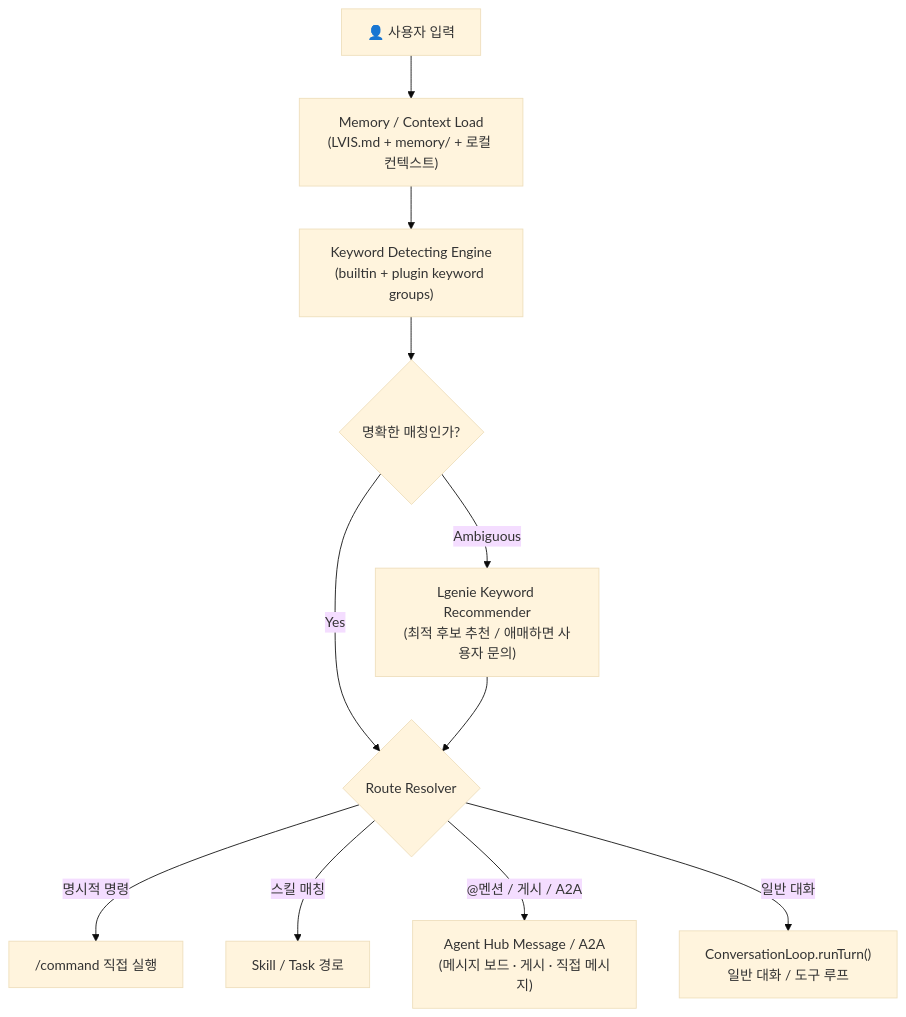
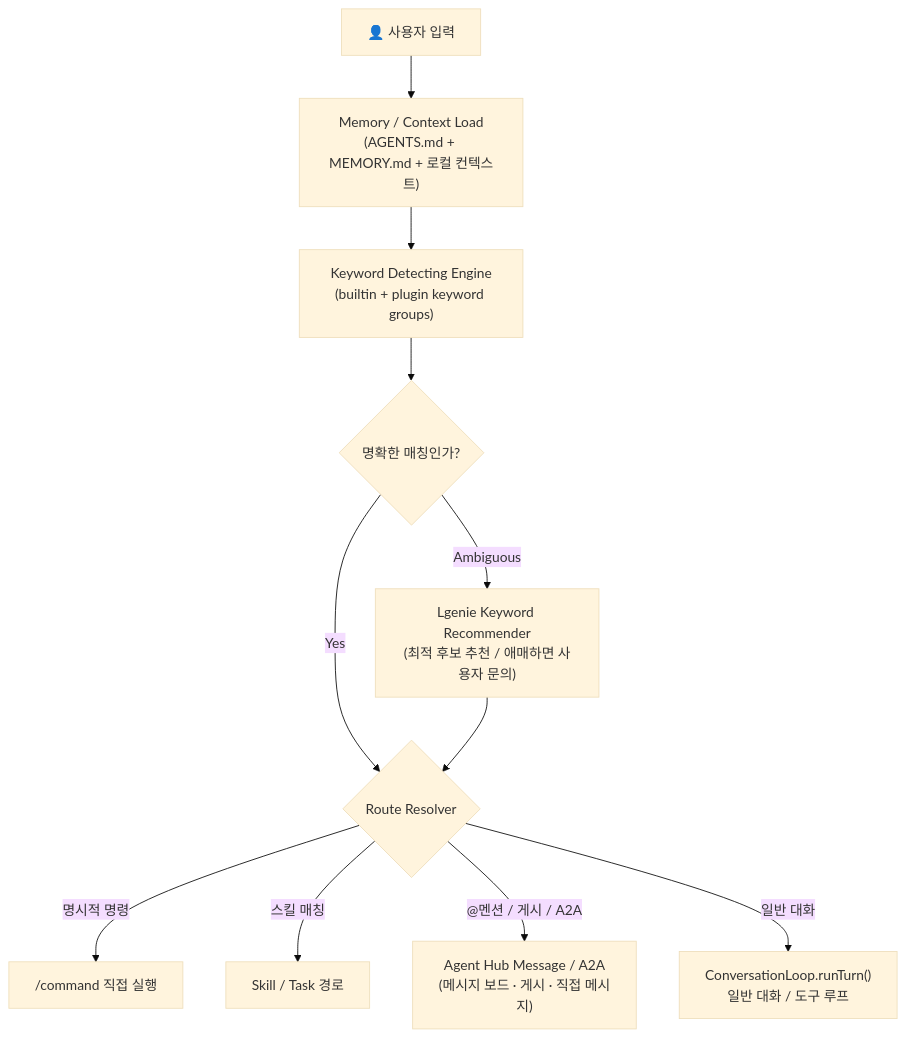
One commit to lvis-project/lvis-app changed the seventh of 44 diagrams in docs/architecture/architecture.md. Above: the diagram before and after it, drawn with Mermaid (base theme). The commit also changed other lines of this file and 48 other files, not shown here.

````diff
--- a/docs/architecture/architecture.md
+++ b/docs/architecture/architecture.md
@@ -434,22 +435,22 @@
 ```mermaid
 flowchart TB
     INPUT["👤 사용자 입력"]
-    MEMORY["Memory / Context Load<br/>(LVIS.md + memory/ + 로컬 컨텍스트)"]
+    MEMORY["Memory / Context Load<br/>(AGENTS.md + MEMORY.md + 로컬 컨텍스트)"]
     DETECT["Keyword Detecting Engine<br/>(builtin + plugin keyword groups)"]
     DISAMBIG{"명확한 매칭인가?"}
     RECOMMEND["Lgenie Keyword Recommender<br/>(최적 후보 추천 / 애매하면 사용자 문의)"]
     ROUTE{"Route Resolver"}
 
     COMMAND["/command 직접 실행"]
     SKILL["Skill / Task 경로"]
     AGENT["Agent Hub Message / A2A<br/>(메시지 보드 · 게시 · 직접 메시지)"]
     CHAT["ConversationLoop.runTurn()<br/>일반 대화 / 도구 루프"]
 
     INPUT --> MEMORY --> DETECT --> DISAMBIG
     DISAMBIG -->|"Yes"| ROUTE
     DISAMBIG -->|"Ambiguous"| RECOMMEND --> ROUTE
     ROUTE -->|"명시적 명령"| COMMAND
     ROUTE -->|"스킬 매칭"| SKILL
     ROUTE -->|"@멘션 / 게시 / A2A"| AGENT
     ROUTE -->|"일반 대화"| CHAT
 ```
````
